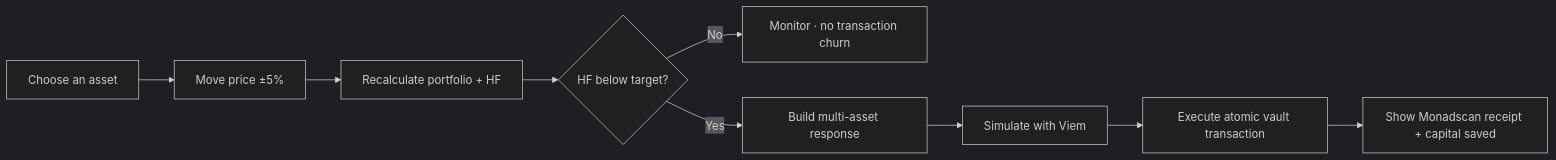
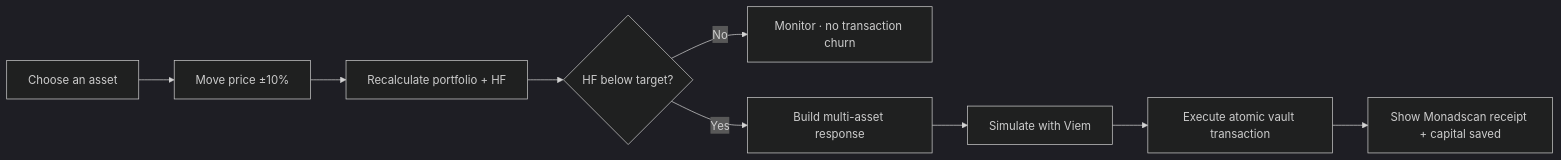
The diagram in README.md (Alive24/monad-blitz-london), drawn with Mermaid (dark theme) before and after one commit. The commit also changed other lines of this file and 4 other files, not shown here.

````diff
--- a/README.md
+++ b/README.md
@@ -30,11 +30,11 @@
 ```mermaid
 flowchart LR
-    A[Choose an asset] --> B[Move price ±5%]
+    A[Choose an asset] --> B[Move price ±10%]
     B --> C[Recalculate portfolio + HF]
     C --> D{HF below target?}
     D -- No --> E[Monitor · no transaction churn]
     D -- Yes --> F[Build multi-asset response]
     F --> G[Simulate with Viem]
     G --> H[Execute atomic vault transaction]
     H --> I[Show Monadscan receipt + capital saved]
 ```
````
